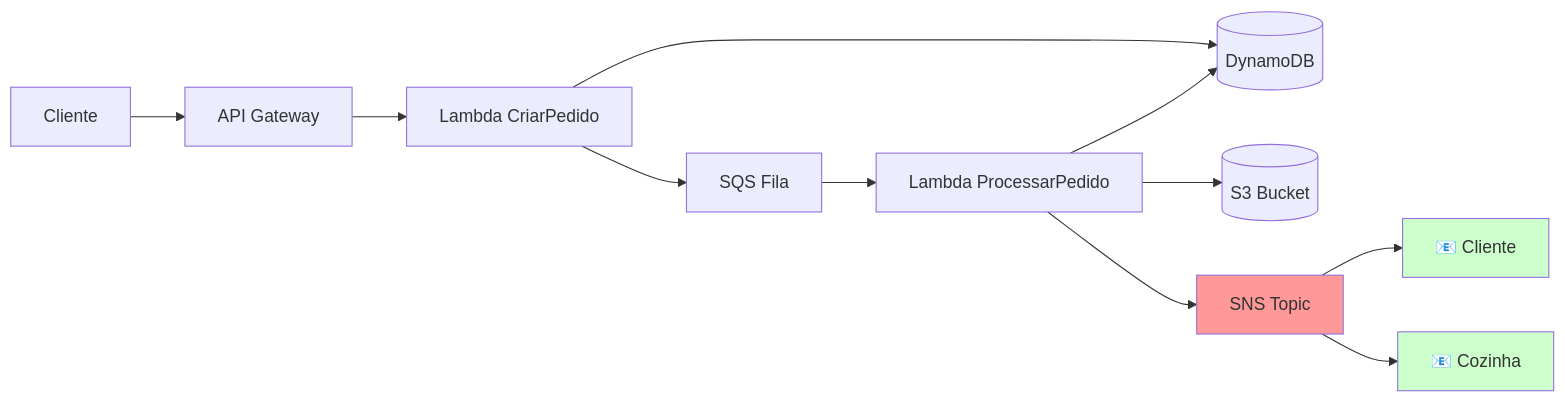
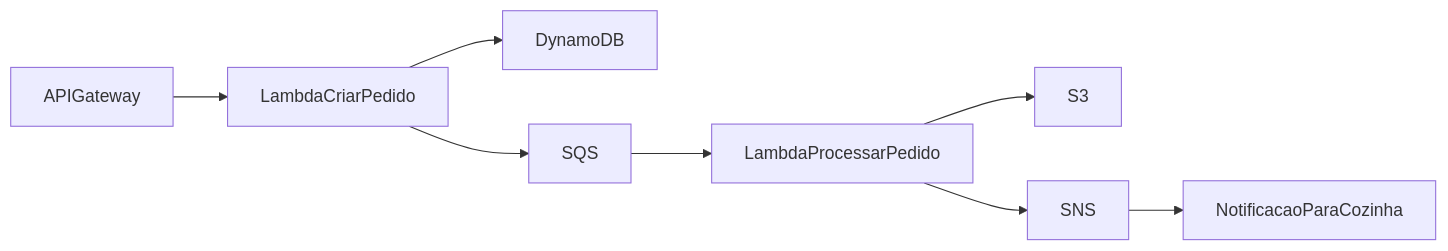
One commit to KauaGabrielMG/Restaurante changed the diagram in diagrama.mermaid. Above: the diagram before and after it, drawn with Mermaid. The commit also changed 16 other files, not shown here.

```diff
--- a/diagrama.mermaid
+++ b/diagrama.mermaid
@@ -1,15 +1,8 @@
 graph LR
-    Cliente[Cliente] --> APIGateway[API Gateway]
-    APIGateway --> LambdaCriarPedido[Lambda CriarPedido]
-    LambdaCriarPedido --> DynamoDB[(DynamoDB)]
-    LambdaCriarPedido --> SQS[SQS Fila]
-    SQS --> LambdaProcessarPedido[Lambda ProcessarPedido]
-    LambdaProcessarPedido --> S3[(S3 Bucket)]
-    LambdaProcessarPedido --> SNS[SNS Topic]
-    LambdaProcessarPedido --> DynamoDB
-    SNS --> NotificacaoCliente[📧 Cliente]
-    SNS --> NotificacaoCozinha[📧 Cozinha]
-
-    style SNS fill:#ff9999
-    style NotificacaoCliente fill:#ccffcc
-    style NotificacaoCozinha fill:#ccffcc
+    APIGateway --> LambdaCriarPedido
+    LambdaCriarPedido --> DynamoDB
+    LambdaCriarPedido --> SQS
+    SQS --> LambdaProcessarPedido
+    LambdaProcessarPedido --> S3
+    LambdaProcessarPedido --> SNS
+    SNS --> NotificacaoParaCozinha
```
